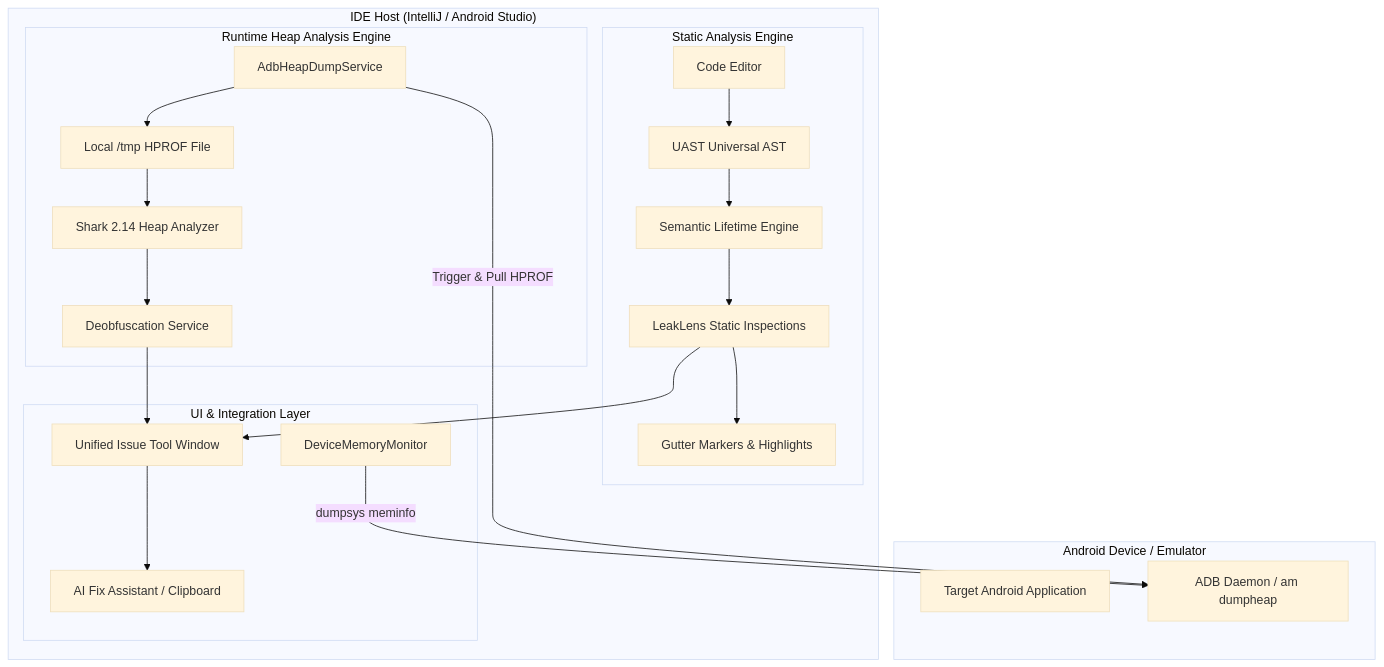
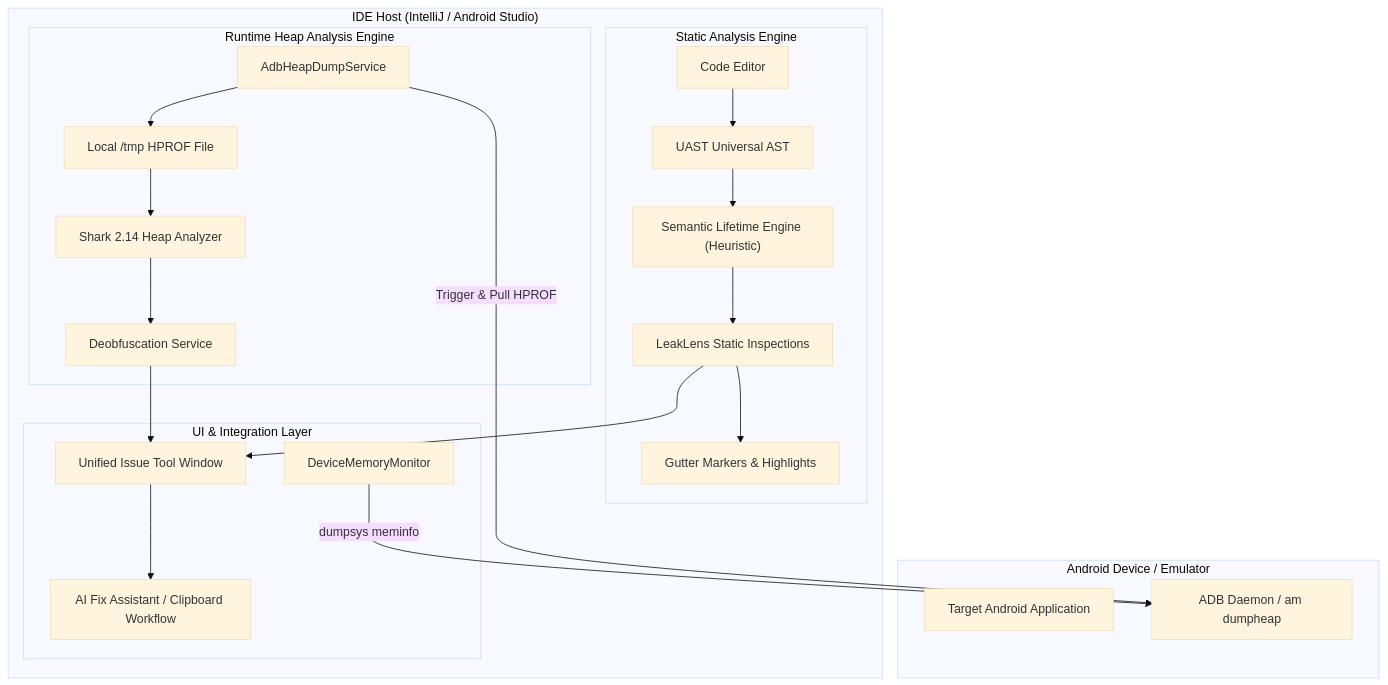
Before and after one commit to dev-vikas-soni/leak-lens: the diagram in docs/ARCHITECTURE.md, drawn with Mermaid (base theme). The commit also changed other lines of this file and 6 other files, not shown here.

Commit message:
docs: clarify LeakLens analysis and privacy limitations

````diff
--- a/docs/ARCHITECTURE.md
+++ b/docs/ARCHITECTURE.md
@@ -11,30 +11,30 @@
 ```mermaid
 graph TD
     subgraph "Android Device / Emulator"
-        App[Target Android Application]
-        ADB_Daemon[ADB Daemon / am dumpheap]
+        App["Target Android Application"]
+        ADB_Daemon["ADB Daemon / am dumpheap"]
     end
 
     subgraph "IDE Host (IntelliJ / Android Studio)"
         subgraph "Static Analysis Engine"
-            Editor[Code Editor] --> UAST[UAST Universal AST]
-            UAST --> LifetimeEngine[Semantic Lifetime Engine]
-            LifetimeEngine --> StaticInspections[LeakLens Static Inspections]
-            StaticInspections --> Gutter[Gutter Markers & Highlights]
+            Editor["Code Editor"] --> UAST["UAST Universal AST"]
+            UAST --> LifetimeEngine["Semantic Lifetime Engine (Heuristic)"]
+            LifetimeEngine --> StaticInspections["LeakLens Static Inspections"]
+            StaticInspections --> Gutter["Gutter Markers & Highlights"]
         end
 
         subgraph "Runtime Heap Analysis Engine"
-            AdbService[AdbHeapDumpService] -->|Trigger & Pull HPROF| ADB_Daemon
-            AdbService --> TempHprof[Local /tmp HPROF File]
-            TempHprof --> SharkService[Shark 2.14 Heap Analyzer]
-            SharkService --> Deobfuscator[Deobfuscation Service]
+            AdbService["AdbHeapDumpService"] -->|Trigger & Pull HPROF| ADB_Daemon
+            AdbService --> TempHprof["Local /tmp HPROF File"]
+            TempHprof --> SharkService["Shark 2.14 Heap Analyzer"]
+            SharkService --> Deobfuscator["Deobfuscation Service"]
         end
 
         subgraph "UI & Integration Layer"
-            StaticInspections --> Dashboard[Unified Issue Tool Window]
+            StaticInspections --> Dashboard["Unified Issue Tool Window"]
             Deobfuscator --> Dashboard
-            Dashboard --> AI[AI Fix Assistant / Clipboard]
-            Monitor[DeviceMemoryMonitor] -->|dumpsys meminfo| ADB_Daemon
+            Dashboard --> AI["AI Fix Assistant / Clipboard Workflow"]
+            Monitor["DeviceMemoryMonitor"] -->|dumpsys meminfo| ADB_Daemon
         end
     end
 ```
````
